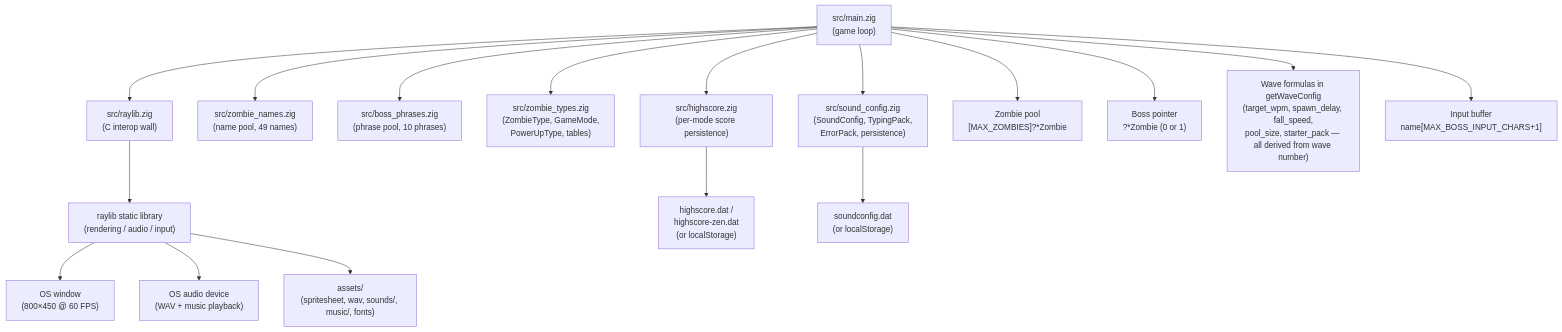
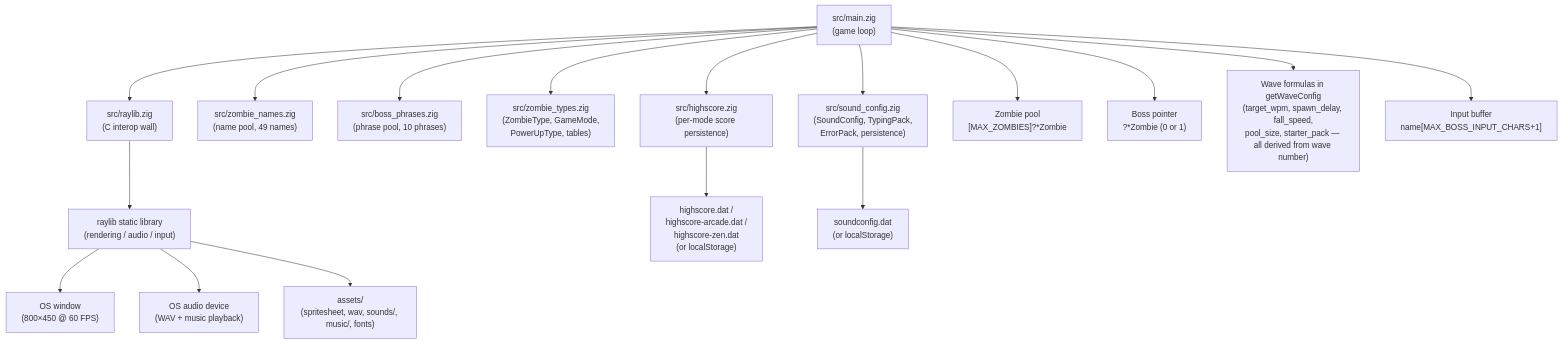
One commit to bfernandez31/death-note changed the first of 2 diagrams in specs/specifications/overview.md. Above: the diagram before and after it, drawn with Mermaid. The commit also changed other lines of this file and 2 other files, not shown here.

````diff
--- a/specs/specifications/overview.md
+++ b/specs/specifications/overview.md
@@ -52,37 +52,37 @@
 ```mermaid
 graph TB
     Main["src/main.zig\n(game loop)"]
     RaylibWrapper["src/raylib.zig\n(C interop wall)"]
     ZombieNames["src/zombie_names.zig\n(name pool, 49 names)"]
     BossPhrases["src/boss_phrases.zig\n(phrase pool, 10 phrases)"]
     ZombieTypes["src/zombie_types.zig\n(ZombieType, GameMode,\nPowerUpType, tables)"]
     Highscore["src/highscore.zig\n(per-mode score persistence)"]
     SoundConfig["src/sound_config.zig\n(SoundConfig, TypingPack,\nErrorPack, persistence)"]
     RaylibLib["raylib static library\n(rendering / audio / input)"]
     ZombiePool["Zombie pool\n[MAX_ZOMBIES]?*Zombie"]
     BossPtr["Boss pointer\n?*Zombie (0 or 1)"]
     WaveFormulas["Wave formulas in getWaveConfig\n(target_wpm, spawn_delay, fall_speed,\npool_size, starter_pack — all derived from wave number)"]
     Assets["assets/\n(spritesheet, wav, sounds/, music/, fonts)"]
     Window["OS window\n(800×450 @ 60 FPS)"]
     AudioDevice["OS audio device\n(WAV + music playback)"]
     InputBuf["Input buffer\nname[MAX_BOSS_INPUT_CHARS+1]"]
-    HighscoreDat["highscore.dat /\nhighscore-zen.dat\n(or localStorage)"]
+    HighscoreDat["highscore.dat /\nhighscore-arcade.dat /\nhighscore-zen.dat\n(or localStorage)"]
     SoundDat["soundconfig.dat\n(or localStorage)"]
 
     Main --> RaylibWrapper
     Main --> ZombieNames
     Main --> BossPhrases
     Main --> ZombieTypes
     Main --> Highscore
     Main --> SoundConfig
     Main --> ZombiePool
     Main --> BossPtr
     Main --> WaveFormulas
     Main --> InputBuf
     RaylibWrapper --> RaylibLib
     RaylibLib --> Window
     RaylibLib --> AudioDevice
     RaylibLib --> Assets
     Highscore --> HighscoreDat
     SoundConfig --> SoundDat
 ```
````
